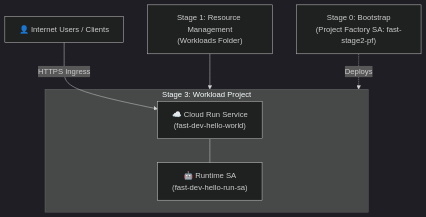
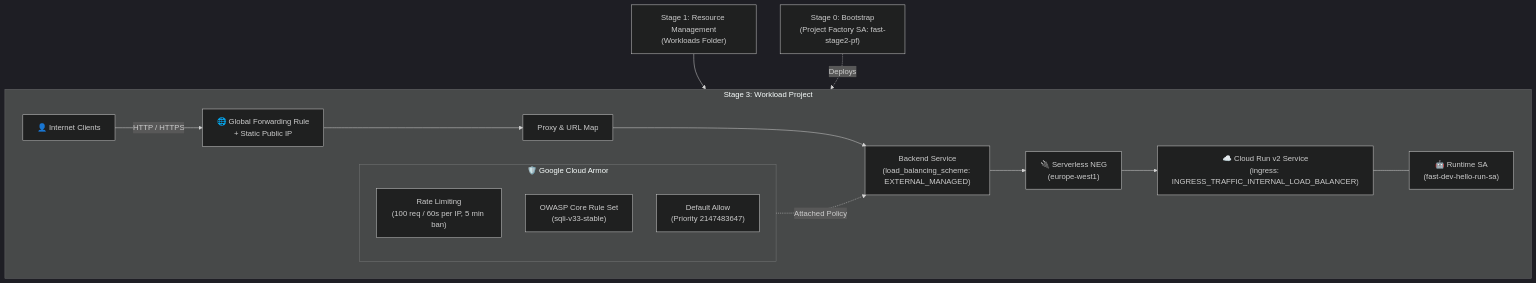
Before and after one commit to teemu61/fast-test: the diagram in 3-workloads/README.md, drawn with Mermaid (dark theme). The commit also changed other lines of this file and 8 other files, not shown here.

Commit message:
feat(3-workloads): add Cloud Armor WAF, rate limiting, and external load balancer with serverless NEG

````diff
--- a/3-workloads/README.md
+++ b/3-workloads/README.md
@@ -14,13 +14,23 @@
 ```mermaid
 flowchart TD
     S1["Stage 1: Resource Management\n(Workloads Folder)"] --> S3["Stage 3: Workload Project\n(fast-dev-app)"]
     S0["Stage 0: Bootstrap\n(Project Factory SA: fast-stage2-pf)"] -.->|Deploys| S3
 
     subgraph S3["Stage 3: Workload Project"]
-        CR["☁️ Cloud Run Service\n(fast-dev-hello-world)"]
+        User["👤 Internet Clients"] -->|HTTP / HTTPS| FW["🌐 Global Forwarding Rule\n+ Static Public IP"]
+        FW --> TP["Proxy & URL Map"]
+        TP --> BS["Backend Service\n(load_balancing_scheme: EXTERNAL_MANAGED)"]
+        
+        subgraph Armor["🛡️ Google Cloud Armor"]
+            RL["Rate Limiting\n(100 req / 60s per IP, 5 min ban)"]
+            SQLi["OWASP Core Rule Set\n(sqli-v33-stable)"]
+            DEF["Default Allow\n(Priority 2147483647)"]
+        end
+
+        Armor -.->|Attached Policy| BS
+        BS --> NEG["🔌 Serverless NEG\n(europe-west1)"]
+        NEG --> CR["☁️ Cloud Run v2 Service\n(ingress: INGRESS_TRAFFIC_INTERNAL_LOAD_BALANCER)"]
         SA["🤖 Runtime SA\n(fast-dev-hello-run-sa)"]
         CR --- SA
     end
-
-    User["👤 Internet Users / Clients"] -->|HTTPS Ingress| CR
 ```
````
